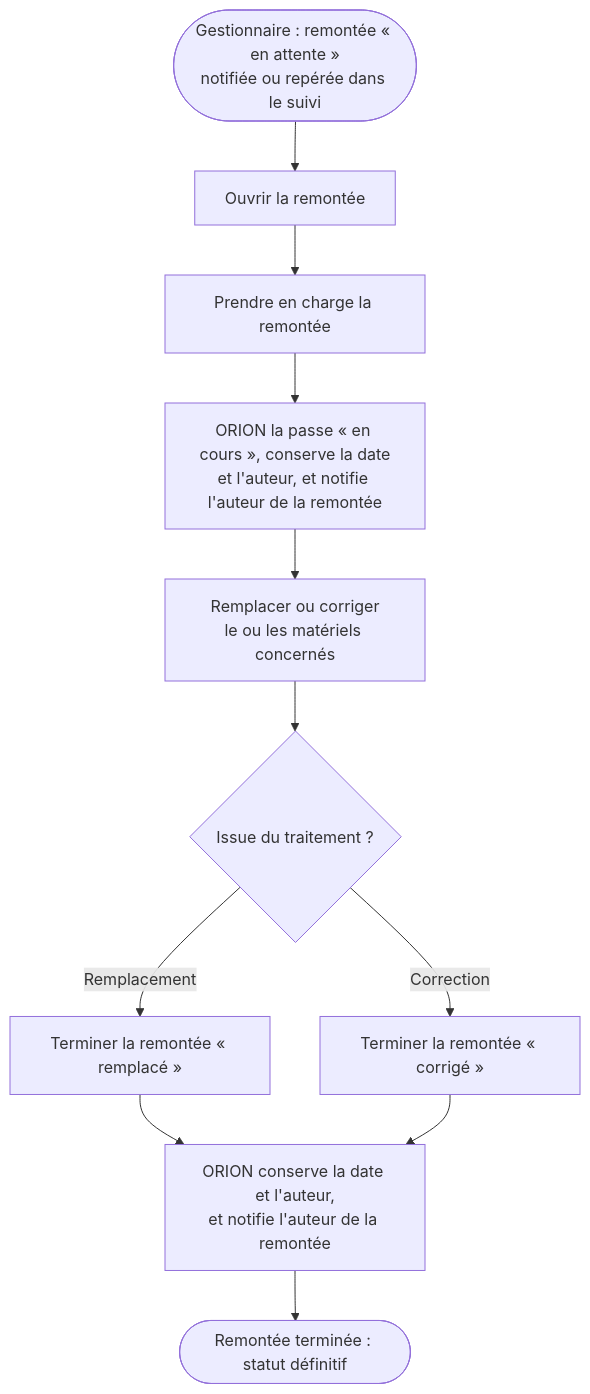
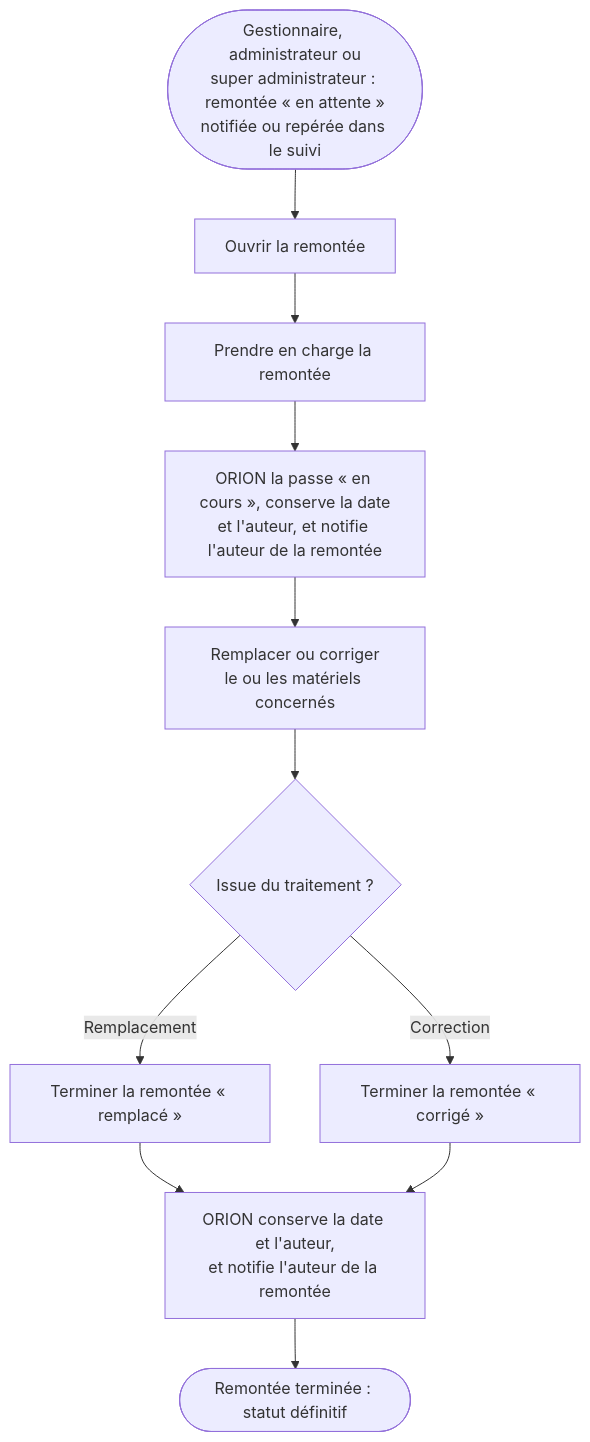
One commit to bpierrelouis/aster changed the fourth of 10 diagrams in docs/02-ANALYSE/01-MODELISATION-METIER/07-DIAGRAMMES-ACTIVITE.md. Above: the diagram before and after it, drawn with Mermaid. The commit also changed other lines of this file and 19 other files, not shown here.

````diff
--- a/docs/02-ANALYSE/01-MODELISATION-METIER/07-DIAGRAMMES-ACTIVITE.md
+++ b/docs/02-ANALYSE/01-MODELISATION-METIER/07-DIAGRAMMES-ACTIVITE.md
@@ -76,13 +76,13 @@
 ```mermaid
 flowchart TD
-    debut(["Gestionnaire : remontée « en attente »<br/>notifiée ou repérée dans le suivi"]) --> ouvrir["Ouvrir la remontée"]
+    debut(["Gestionnaire, administrateur ou<br/>super administrateur : remontée « en attente »<br/>notifiée ou repérée dans le suivi"]) --> ouvrir["Ouvrir la remontée"]
     ouvrir --> prendre["Prendre en charge la remontée"]
     prendre --> encours["ORION la passe « en cours », conserve la date<br/>et l'auteur, et notifie l'auteur de la remontée"]
     encours --> intervenir["Remplacer ou corriger<br/>le ou les matériels concernés"]
     intervenir --> issue{"Issue du traitement ?"}
     issue -->|"Remplacement"| remplace["Terminer la remontée « remplacé »"]
     issue -->|"Correction"| corrige["Terminer la remontée « corrigé »"]
     remplace --> terminer["ORION conserve la date et l'auteur,<br/>et notifie l'auteur de la remontée"]
     corrige --> terminer
     terminer --> fin(["Remontée terminée : statut définitif"])
 ```
````
